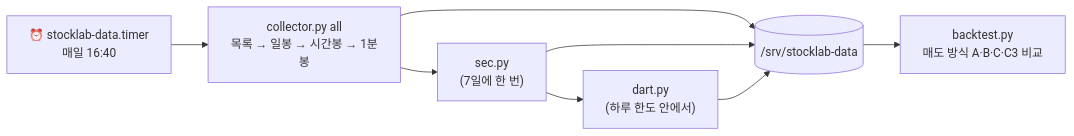
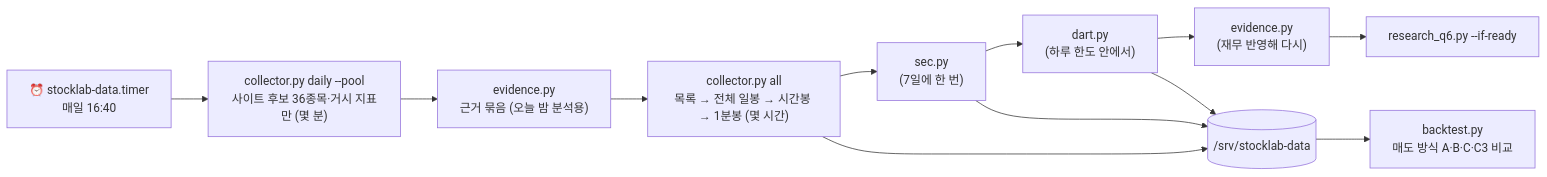
Before and after one commit to eshir0/stock-lab: the diagram in tools/data/README.md, drawn with Mermaid. The commit also changed other lines of this file and 2 other files, not shown here.

Commit message:
Data timer: collect the site's candidates and rebuild evidence before the whole market
The daily run read ~16k names alphabetically before rebuilding the evidence packs, so
the packs the desk used that evening were a session behind (SPY as_of 10-02 on 10-06).
A pool-only daily step and the evidence build now run first.

Claude-Session: https://claude.ai/code/session_01LnD3gRY1aA1xf7wxjravFz

````diff
--- a/tools/data/README.md
+++ b/tools/data/README.md
@@ -30,8 +30,11 @@
 ```mermaid
 flowchart LR
-    T["⏰ stocklab-data.timer<br/>매일 16:40"] --> C["collector.py all<br/>목록 → 일봉 → 시간봉 → 1분봉"]
+    T["⏰ stocklab-data.timer<br/>매일 16:40"] --> P["collector.py daily --pool<br/>사이트 후보 36종목·거시 지표만 (몇 분)"]
+    P --> E["evidence.py<br/>근거 묶음 (오늘 밤 분석용)"]
+    E --> C["collector.py all<br/>목록 → 전체 일봉 → 시간봉 → 1분봉 (몇 시간)"]
     C --> S["sec.py<br/>(7일에 한 번)"]
     S --> D["dart.py<br/>(하루 한도 안에서)"]
+    D --> E2["evidence.py<br/>(재무 반영해 다시)"] --> Q["research_q6.py --if-ready"]
     C & S & D --> V[("/srv/stocklab-data")]
     V --> B["backtest.py<br/>매도 방식 A·B·C·C3 비교"]
 ```
````
